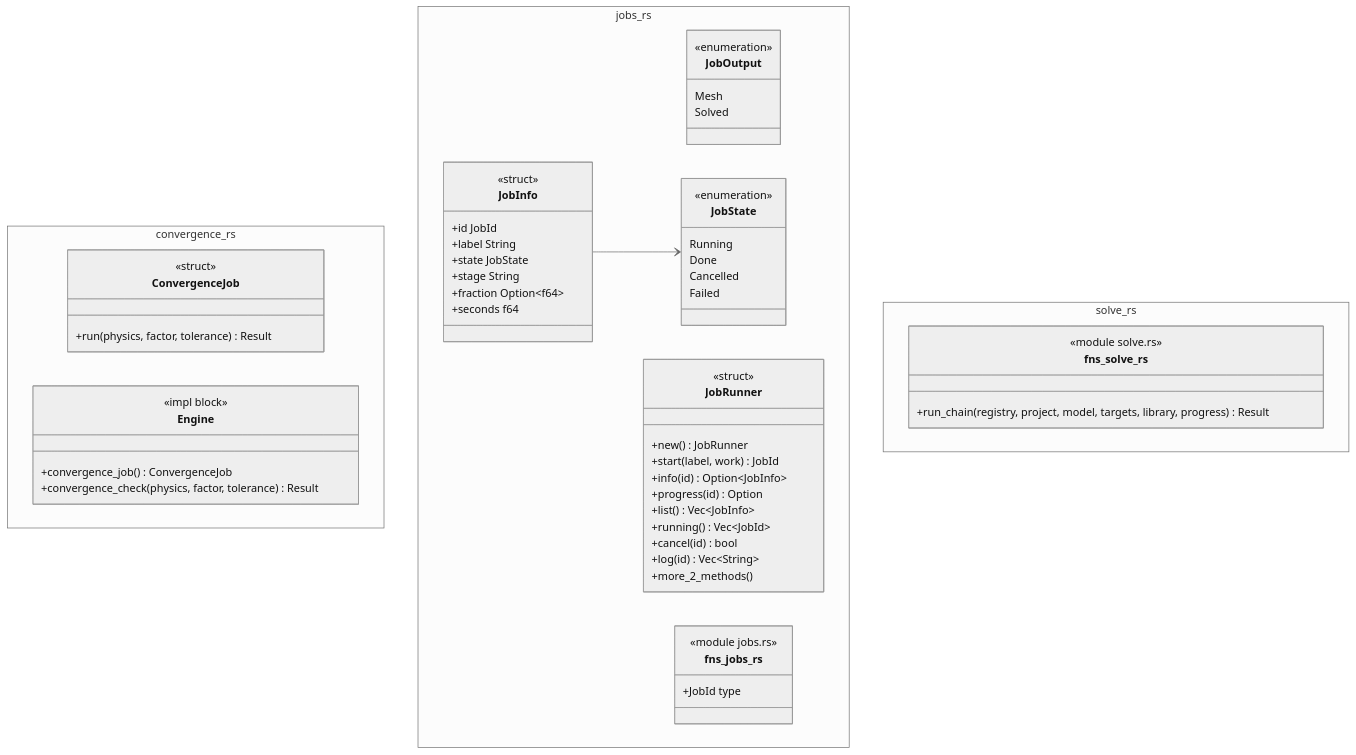
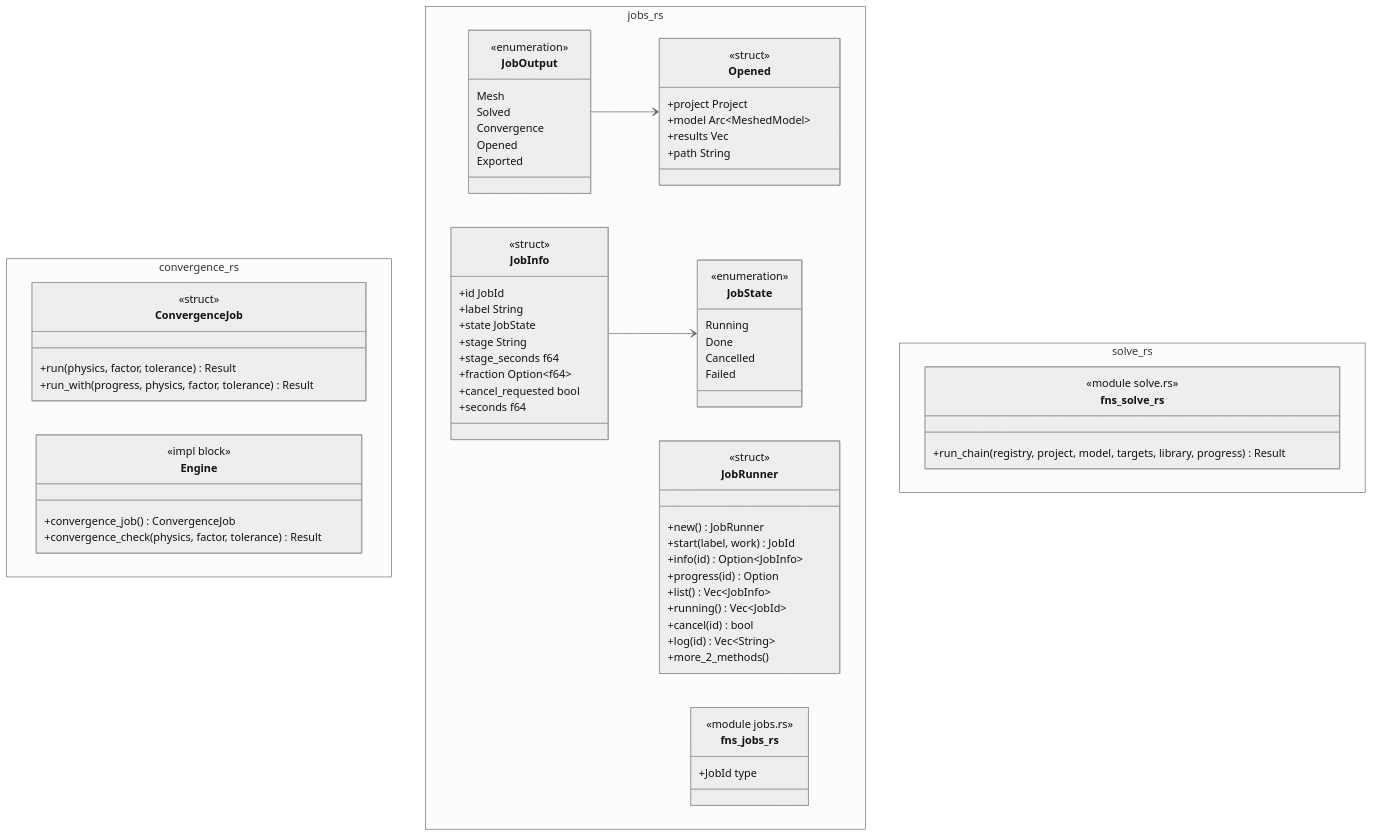
The diagram in docs/architecture/c4/4-code/engine/jobs.md (p-j-r/nyx), drawn with Mermaid (neutral theme) before and after one commit. The commit also changed other lines of this file and 48 other files, not shown here.

First line of the commit message:
P2: every long operation is a job (ADR 85, provisional number): cancellable mesh jobs with stages, convergence check, open_results and results.h5 write as jobs, cancel_requested and stage_seconds in job info, jobs of a replaced project dropped, the window never blocks on the engine

````diff
--- a/docs/architecture/c4/4-code/engine/jobs.md
+++ b/docs/architecture/c4/4-code/engine/jobs.md
@@ -41,60 +42,74 @@
 ```mermaid
 classDiagram
   namespace convergence_rs {
     class ConvergenceJob {
         <<struct>>
         +run(physics, factor, tolerance) Result
+        +run_with(progress, physics, factor, tolerance) Result
     }
     class Engine {
         <<impl block>>
         +convergence_job() ConvergenceJob
         +convergence_check(physics, factor, tolerance) Result
     }
   }
   namespace jobs_rs {
     class JobOutput {
         <<enumeration>>
         Mesh
         Solved
+        Convergence
+        Opened
+        Exported
+    }
+    class Opened {
+        <<struct>>
+        +project Project
+        +model Arc~MeshedModel~
+        +results Vec
+        +path String
     }
     class JobState {
         <<enumeration>>
         Running
         Done
         Cancelled
         Failed
     }
     class JobInfo {
         <<struct>>
         +id JobId
         +label String
         +state JobState
         +stage String
+        +stage_seconds f64
         +fraction Option~f64~
+        +cancel_requested bool
         +seconds f64
     }
     class JobRunner {
         <<struct>>
         +new() JobRunner
         +start(label, work) JobId
         +info(id) Option~JobInfo~
         +progress(id) Option
         +list() Vec~JobInfo~
         +running() Vec~JobId~
         +cancel(id) bool
         +log(id) Vec~String~
         +more_2_methods()
     }
     class fns_jobs_rs {
         <<module jobs.rs>>
         +JobId type
     }
   }
   namespace solve_rs {
     class fns_solve_rs {
         <<module solve.rs>>
         +run_chain(registry, project, model, targets, library, progress) Result
     }
   }
+  JobOutput --> Opened
   JobInfo --> JobState
 ```
````
